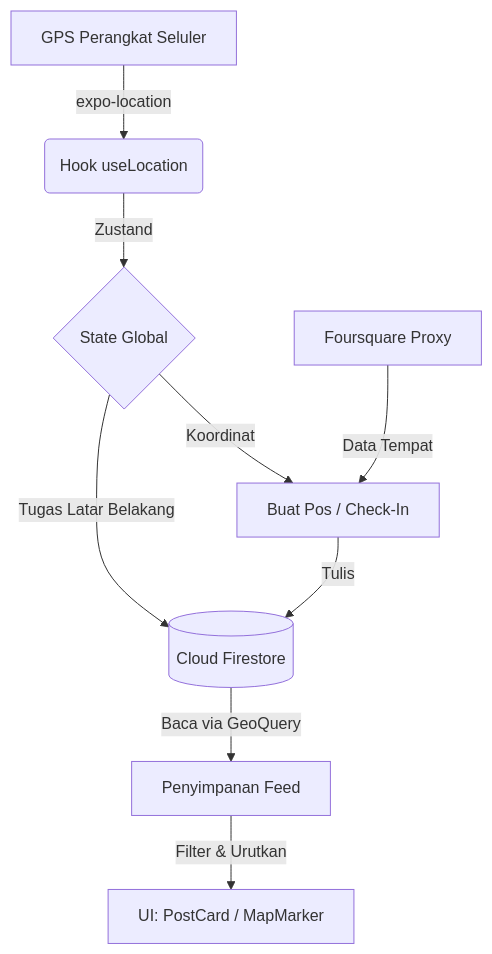
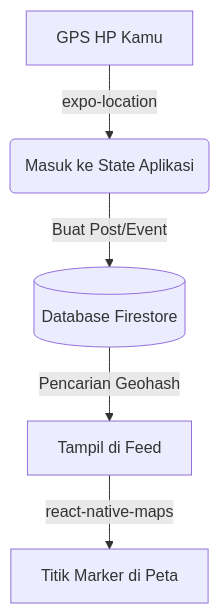
The diagram in docs/LOCATION_TECHNOLOGY.md (ltnzz/geo-connect), drawn with Mermaid before and after one commit. The commit also changed other lines of this file and 1 other file, not shown here.

Commit message:
docs: rewrite privacy and location docs to be more friendly and readable

````diff
--- a/docs/LOCATION_TECHNOLOGY.md
+++ b/docs/LOCATION_TECHNOLOGY.md
@@ -14,12 +11,7 @@
 ```mermaid
 graph TD
-    A[GPS Perangkat Seluler] -->|expo-location| B(Hook useLocation)
-    B -->|Zustand| C{State Global}
-    C -->|Koordinat| D[Buat Pos / Check-In]
-    D -->|Tulis| E[(Cloud Firestore)]
-    E -->|Baca via GeoQuery| F[Penyimpanan Feed]
-    F -->|Filter & Urutkan| G[UI: PostCard / MapMarker]
-    
-    C -->|Tugas Latar Belakang| E
-    H[Foursquare Proxy] -->|Data Tempat| D
+    A[GPS HP Kamu] -->|expo-location| B(Masuk ke State Aplikasi)
+    B -->|Buat Post/Event| C[(Database Firestore)]
+    C -->|Pencarian Geohash| D[Tampil di Feed]
+    D -->|react-native-maps| E[Titik Marker di Peta]
 ```
````
